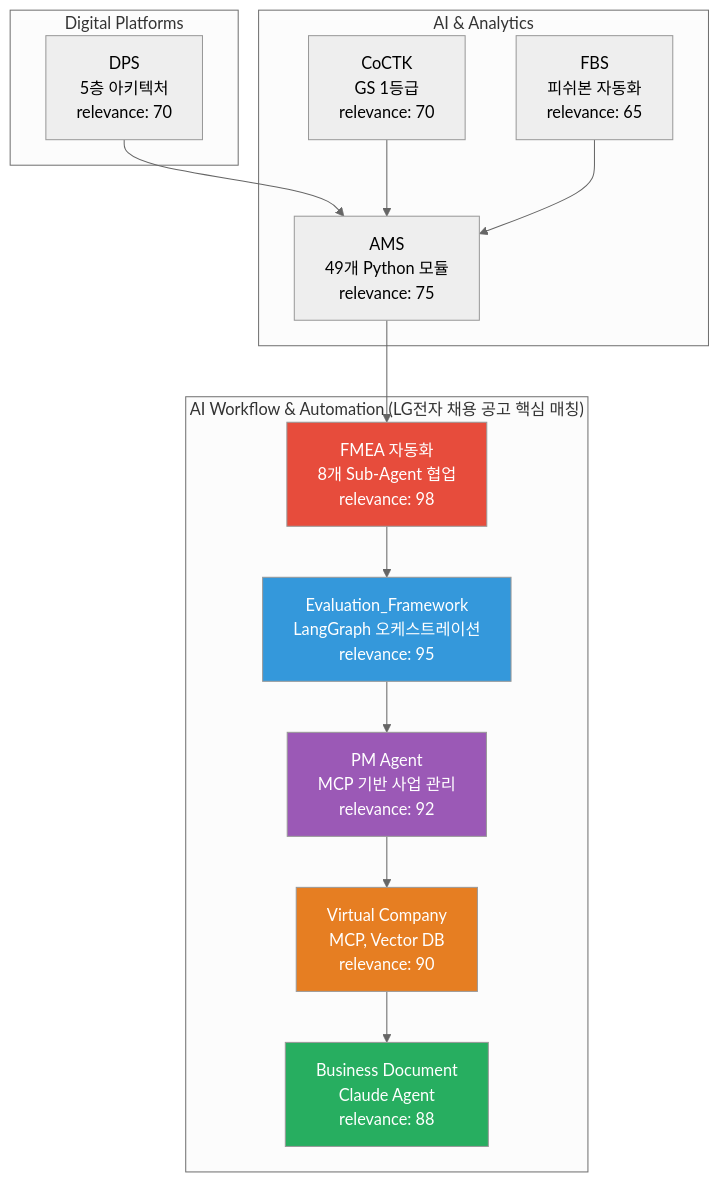
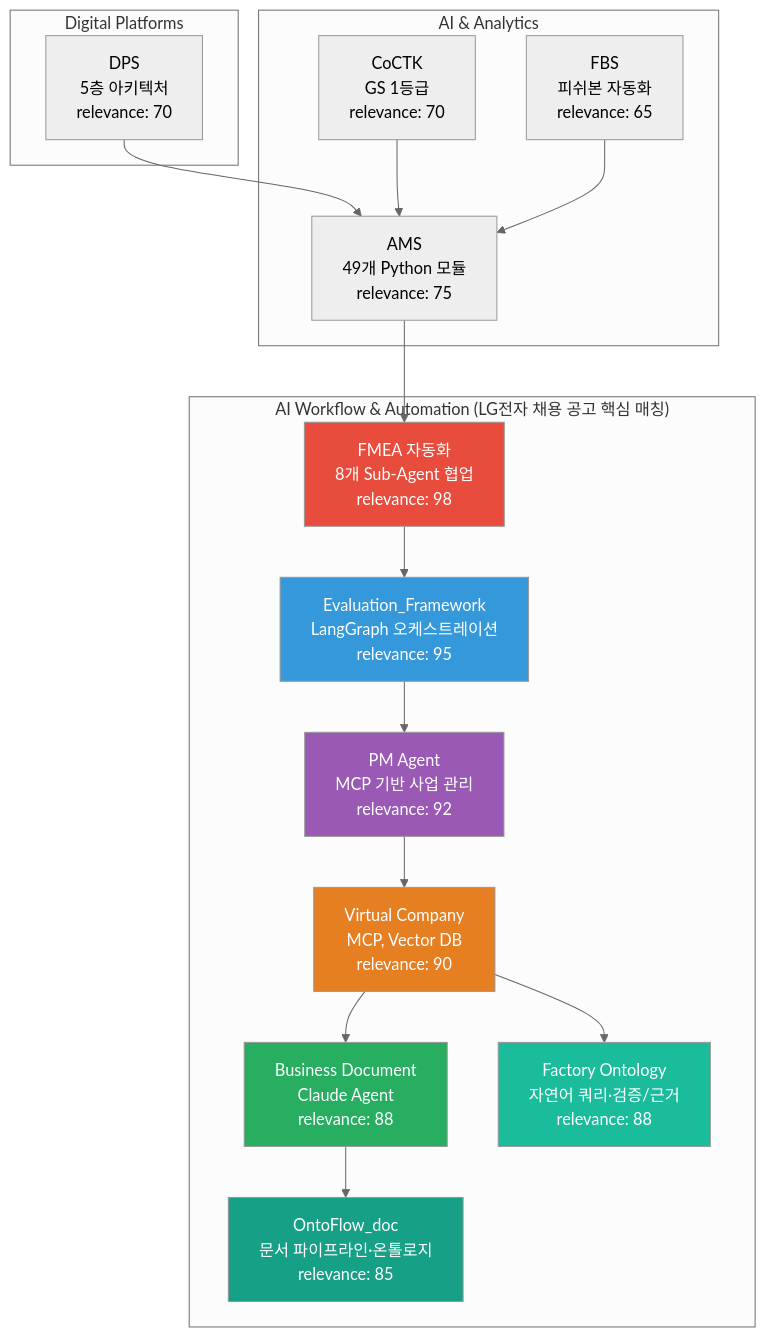
The fourth of 5 diagrams in portfolio/portfolio_docs/assets/LG전자/권순룡_포트폴리오_LG전자_AI_엔지니어.md (moobaek/Testing_AI_agents_for_public_use), drawn with Mermaid (neutral theme) before and after one commit. The commit also changed other lines of this file and 11 other files, not shown here.

First line of the commit message:
docs(portfolio): 퇴사일·입사일·OPIc 반영, Factory/OntoFlow 보강, LG전자 assets 업데이트

````diff
--- a/portfolio/portfolio_docs/assets/LG전자/권순룡_포트폴리오_LG전자_AI_엔지니어.md
+++ b/portfolio/portfolio_docs/assets/LG전자/권순룡_포트폴리오_LG전자_AI_엔지니어.md
@@ -138,36 +146,42 @@
 ```mermaid
 graph TB
     subgraph "AI Workflow & Automation (LG전자 채용 공고 핵심 매칭)"
         FMEA[FMEA 자동화<br/>8개 Sub-Agent 협업<br/>relevance: 98]
         Eval[Evaluation_Framework<br/>LangGraph 오케스트레이션<br/>relevance: 95]
         PM[PM Agent<br/>MCP 기반 사업 관리<br/>relevance: 92]
         Virtual[Virtual Company<br/>MCP, Vector DB<br/>relevance: 90]
         Business[Business Document<br/>Claude Agent<br/>relevance: 88]
+        Factory[Factory Ontology<br/>자연어 쿼리·검증/근거<br/>relevance: 88]
+        OntoFlow[OntoFlow_doc<br/>문서 파이프라인·온톨로지<br/>relevance: 85]
     end
     
     subgraph "AI & Analytics"
         AMS[AMS<br/>49개 Python 모듈<br/>relevance: 75]
         CoCTK[CoCTK<br/>GS 1등급<br/>relevance: 70]
         FBS[FBS<br/>피쉬본 자동화<br/>relevance: 65]
     end
     
     subgraph "Digital Platforms"
         DPS[DPS<br/>5층 아키텍처<br/>relevance: 70]
     end
     
     FMEA --> Eval
     Eval --> PM
     PM --> Virtual
     Virtual --> Business
+    Virtual --> Factory
+    Business --> OntoFlow
     
     AMS --> FMEA
     DPS --> AMS
     CoCTK --> AMS
     FBS --> AMS
     
     style FMEA fill:#e74c3c,color:#fff
     style Eval fill:#3498db,color:#fff
     style PM fill:#9b59b6,color:#fff
     style Virtual fill:#e67e22,color:#fff
     style Business fill:#27ae60,color:#fff
+    style Factory fill:#1abc9c,color:#fff
+    style OntoFlow fill:#16a085,color:#fff
 ```
````
